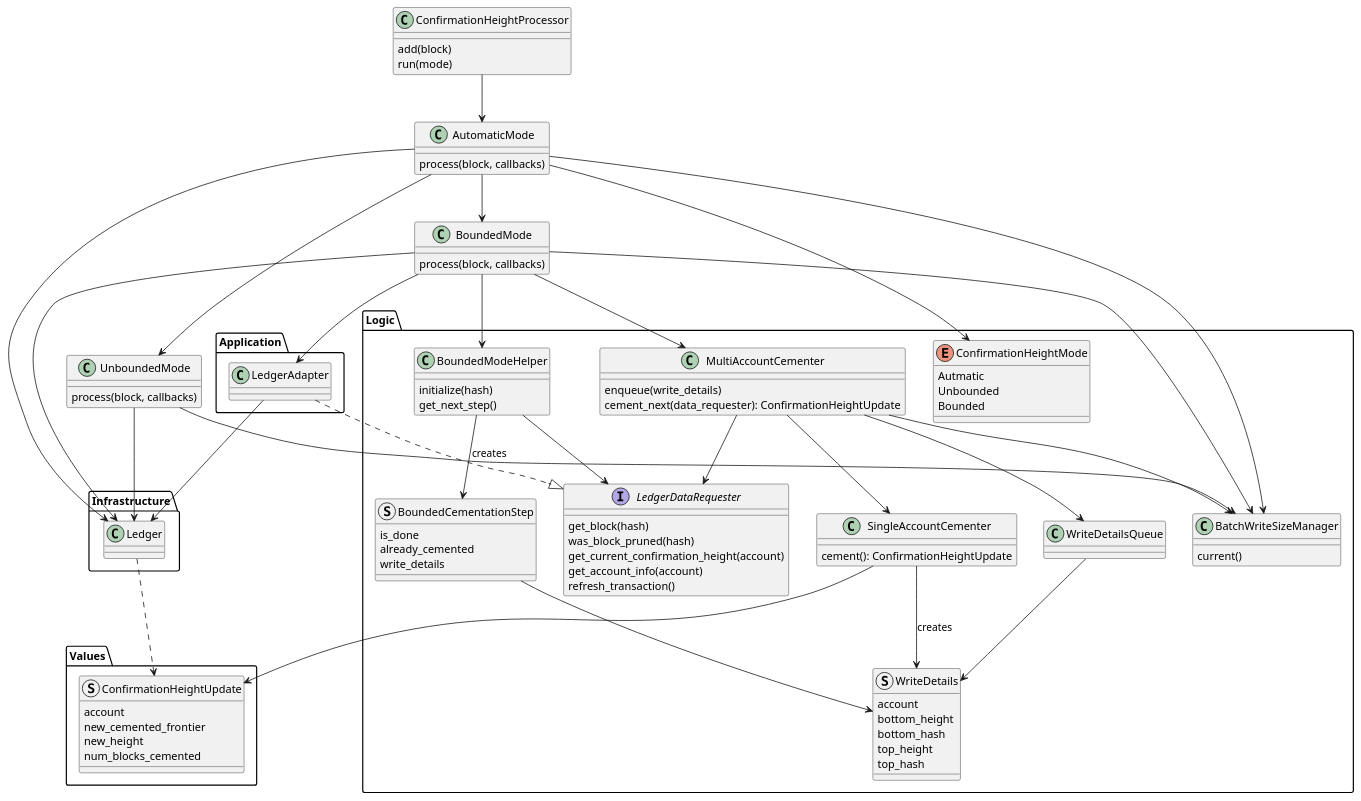
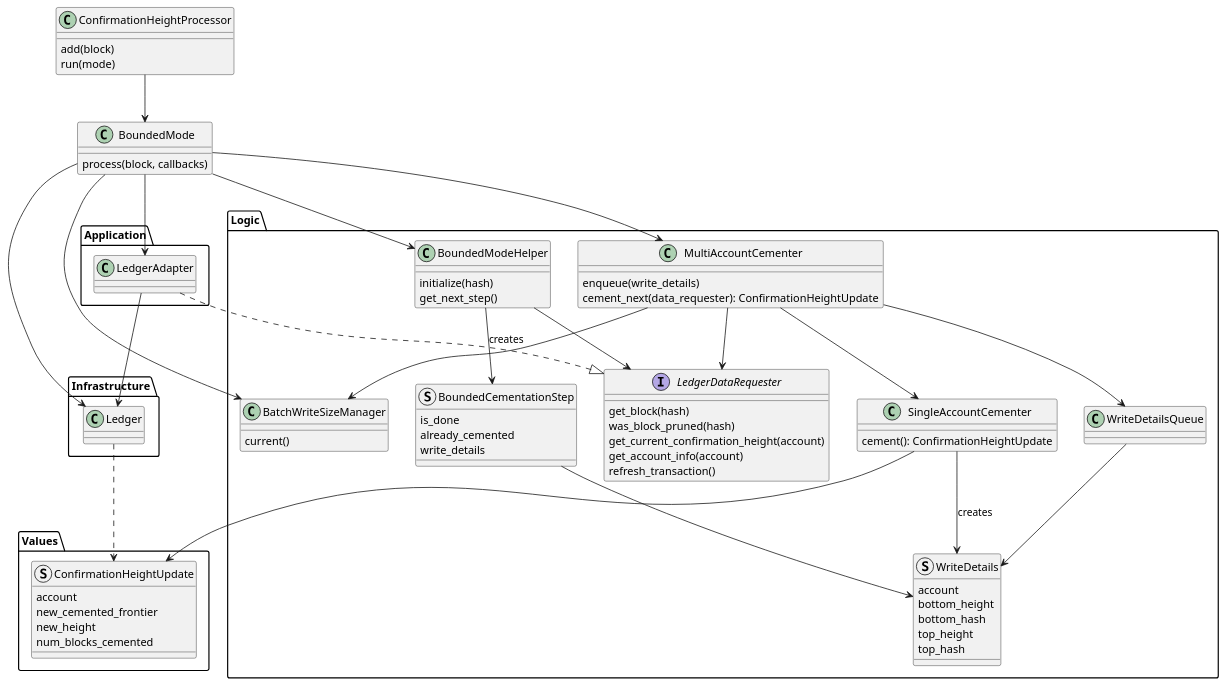
The diagram in rust/doc/cementing.puml (stjet/rsban-node), drawn with PlantUML before and after one commit. The commit also changed 19 other files, not shown here.

```diff
--- a/rust/doc/cementing.puml
+++ b/rust/doc/cementing.puml
@@ -1,121 +1,98 @@
 @startuml "Confirmation Height"
-class UnboundedMode {
-    process(block, callbacks)
-}
-
 class BoundedMode{
-    process(block, callbacks)
-}
-
-class AutomaticMode{
     process(block, callbacks)
 }
 
 class ConfirmationHeightProcessor{
     add(block)
     run(mode)
 }
 
 package "Infrastructure" {
     class Ledger
 }
 
 package "Logic"{
-    enum ConfirmationHeightMode{
-        Autmatic
-        Unbounded
-        Bounded
-    }
-
     struct WriteDetails{
         account
         bottom_height
         bottom_hash
         top_height
         top_hash
     }
     class WriteDetailsQueue
 
     class SingleAccountCementer {
         cement(): ConfirmationHeightUpdate
     }
     class MultiAccountCementer {
         enqueue(write_details)
         cement_next(data_requester): ConfirmationHeightUpdate
     }
     class BatchWriteSizeManager {
         current()
     }
 
     interface LedgerDataRequester{
         get_block(hash)
         was_block_pruned(hash)
         get_current_confirmation_height(account)
         get_account_info(account)
         refresh_transaction()
     }
 
     struct BoundedCementationStep{
         is_done
         already_cemented
         write_details
     }
 
     class BoundedModeHelper{
         initialize(hash)
         get_next_step()
     }
 
 }
 
 package "Values"{
     struct ConfirmationHeightUpdate{
         account
         new_cemented_frontier
         new_height
         num_blocks_cemented
     }
 }
 
 package "Application"{
     class LedgerAdapter
 }
 
 Ledger ..> ConfirmationHeightUpdate
 
-UnboundedMode --> Ledger
-UnboundedMode --> BatchWriteSizeManager
-
 BoundedMode --> Ledger
 BoundedMode --> MultiAccountCementer
 BoundedMode --> BatchWriteSizeManager
 BoundedMode --> LedgerAdapter
 BoundedMode --> BoundedModeHelper
 
 BoundedModeHelper --> BoundedCementationStep: creates
 BoundedModeHelper --> LedgerDataRequester
 
 BoundedCementationStep --> WriteDetails
 
 MultiAccountCementer --> SingleAccountCementer
 MultiAccountCementer --> BatchWriteSizeManager
 MultiAccountCementer --> WriteDetailsQueue
 MultiAccountCementer --> LedgerDataRequester
 
 SingleAccountCementer --> ConfirmationHeightUpdate
 SingleAccountCementer --> WriteDetails: creates
 
 WriteDetailsQueue --> WriteDetails
 
-AutomaticMode --> ConfirmationHeightMode
-AutomaticMode --> BoundedMode
-AutomaticMode --> UnboundedMode
-AutomaticMode --> Ledger
-AutomaticMode --> BatchWriteSizeManager
-
-ConfirmationHeightProcessor --> AutomaticMode
+ConfirmationHeightProcessor --> BoundedMode
 
 LedgerAdapter ..|> LedgerDataRequester
 LedgerAdapter --> Ledger
 
 @enduml
```
